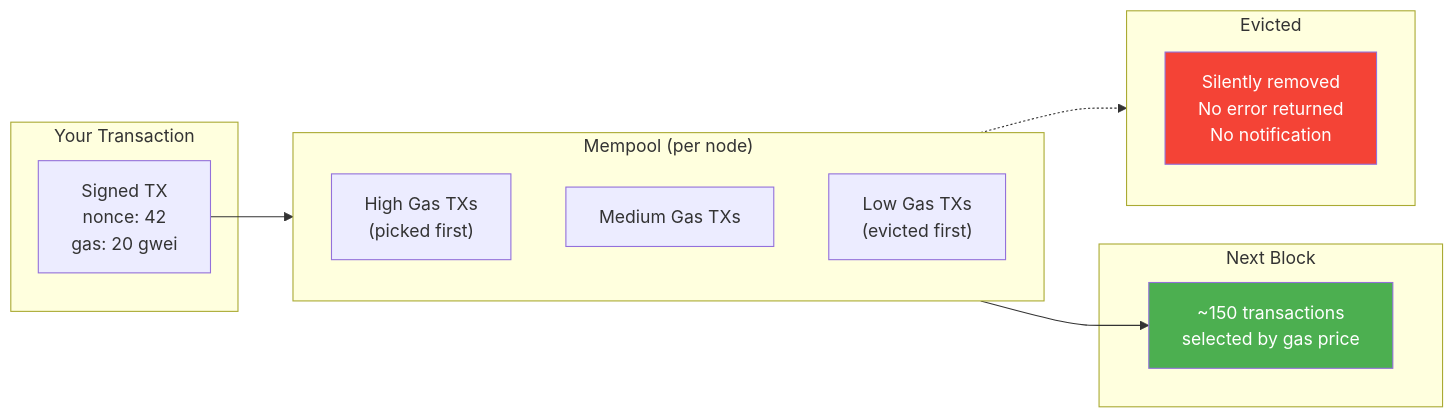
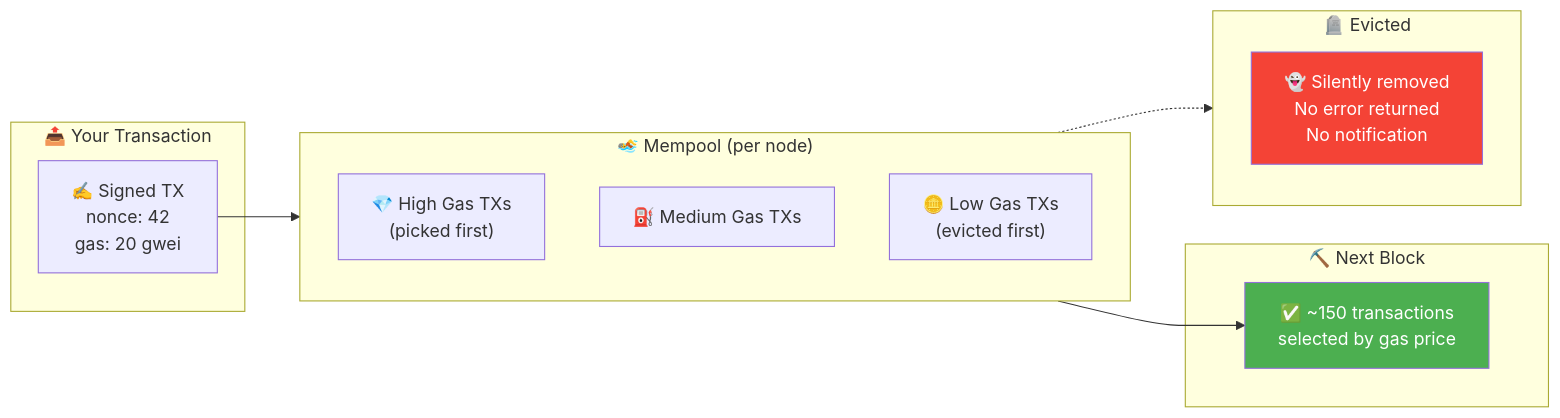
Before and after one commit to Puneethkumarck/stablebridge-tx-recovery: the sixth of 9 diagrams in README.md, drawn with Mermaid. The commit also changed other lines of this file, not shown here.

````diff
--- a/README.md
+++ b/README.md
@@ -366,28 +499,28 @@
 ```mermaid
 flowchart LR
-    subgraph Submit["Your Transaction"]
-        TX["Signed TX<br/>nonce: 42<br/>gas: 20 gwei"]
+    subgraph Submit["📤 Your Transaction"]
+        TX["✍️ Signed TX<br/>nonce: 42<br/>gas: 20 gwei"]
     end
 
-    subgraph Mempool["Mempool (per node)"]
+    subgraph Mempool["🏊 Mempool (per node)"]
         direction TB
-        HIGH["High Gas TXs<br/>(picked first)"]
-        MED["Medium Gas TXs"]
-        LOW["Low Gas TXs<br/>(evicted first)"]
+        HIGH["💎 High Gas TXs<br/>(picked first)"]
+        MED["⛽ Medium Gas TXs"]
+        LOW["🪙 Low Gas TXs<br/>(evicted first)"]
     end
 
-    subgraph Block["Next Block"]
-        INCLUDED["~150 transactions<br/>selected by gas price"]
+    subgraph Block["⛏️ Next Block"]
+        INCLUDED["✅ ~150 transactions<br/>selected by gas price"]
     end
 
-    subgraph Graveyard["Evicted"]
-        DROPPED["Silently removed<br/>No error returned<br/>No notification"]
+    subgraph Graveyard["🪦 Evicted"]
+        DROPPED["👻 Silently removed<br/>No error returned<br/>No notification"]
     end
 
     TX --> MED
     HIGH --> INCLUDED
     LOW -.-> Graveyard
 
     style DROPPED fill:#f44336,color:#fff
     style INCLUDED fill:#4caf50,color:#fff
 ```
````
